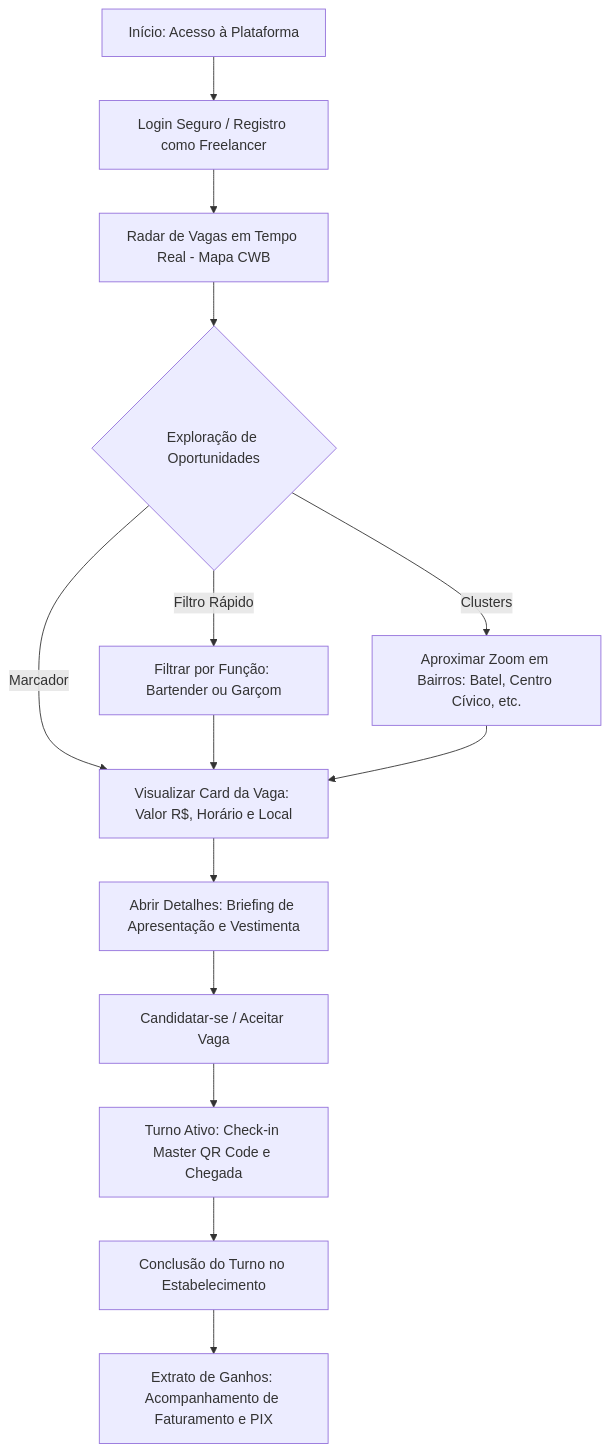
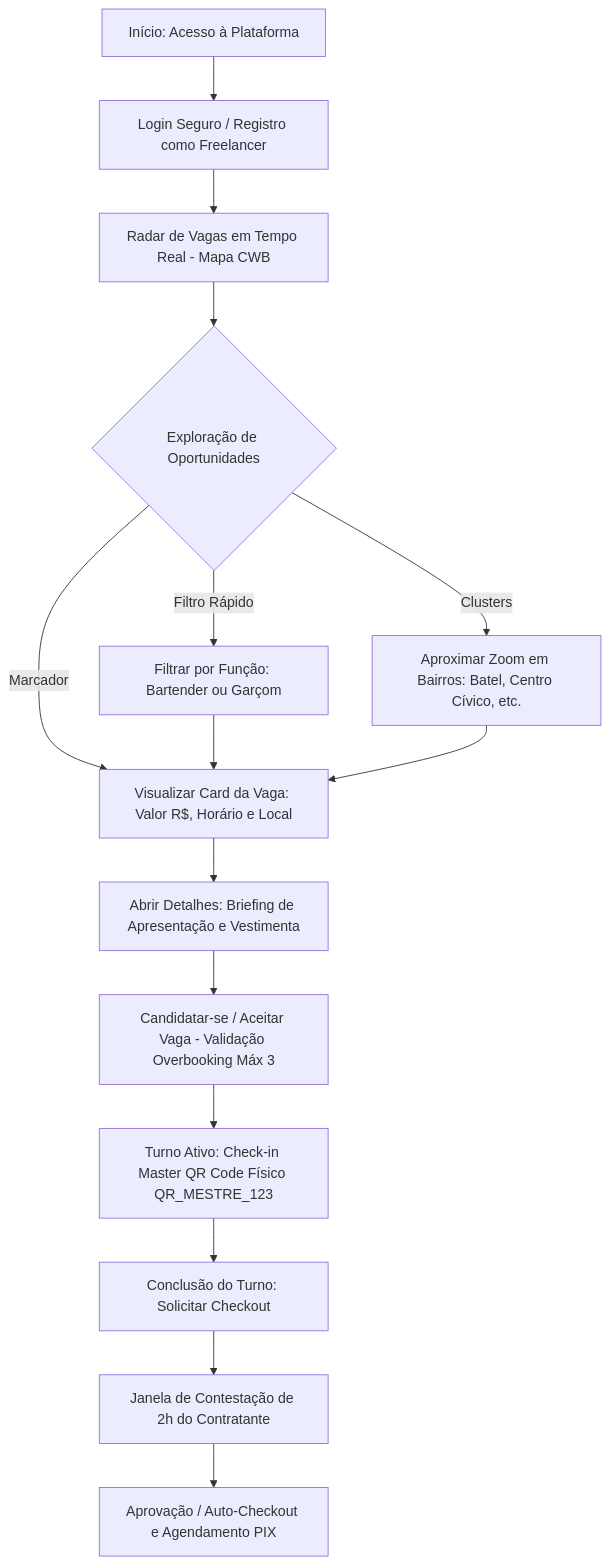
The first of 2 diagrams in README.md (RafaelAFujii/TrampoTaxa), drawn with Mermaid before and after one commit. The commit also changed other lines of this file and 367 other files, not shown here.

````diff
--- a/README.md
+++ b/README.md
@@ -63,16 +64,17 @@
 ```mermaid
 graph TD
     A[Início: Acesso à Plataforma] --> B[Login Seguro / Registro como Freelancer]
     B --> C[Radar de Vagas em Tempo Real - Mapa CWB]
     C --> D{Exploração de Oportunidades}
     D -->|Filtro Rápido| E[Filtrar por Função: Bartender ou Garçom]
     D -->|Clusters| F[Aproximar Zoom em Bairros: Batel, Centro Cívico, etc.]
     D -->|Marcador| G[Visualizar Card da Vaga: Valor R$, Horário e Local]
     E --> G
     F --> G
     G --> H[Abrir Detalhes: Briefing de Apresentação e Vestimenta]
-    H --> I[Candidatar-se / Aceitar Vaga]
-    I --> J[Turno Ativo: Check-in Master QR Code e Chegada]
-    J --> K[Conclusão do Turno no Estabelecimento]
-    K --> L[Extrato de Ganhos: Acompanhamento de Faturamento e PIX]
+    H --> I[Candidatar-se / Aceitar Vaga - Validação Overbooking Máx 3]
+    I --> J[Turno Ativo: Check-in Master QR Code Físico QR_MESTRE_123]
+    J --> K[Conclusão do Turno: Solicitar Checkout]
+    K --> L[Janela de Contestação de 2h do Contratante]
+    L --> M[Aprovação / Auto-Checkout e Agendamento PIX]
 ```
````
